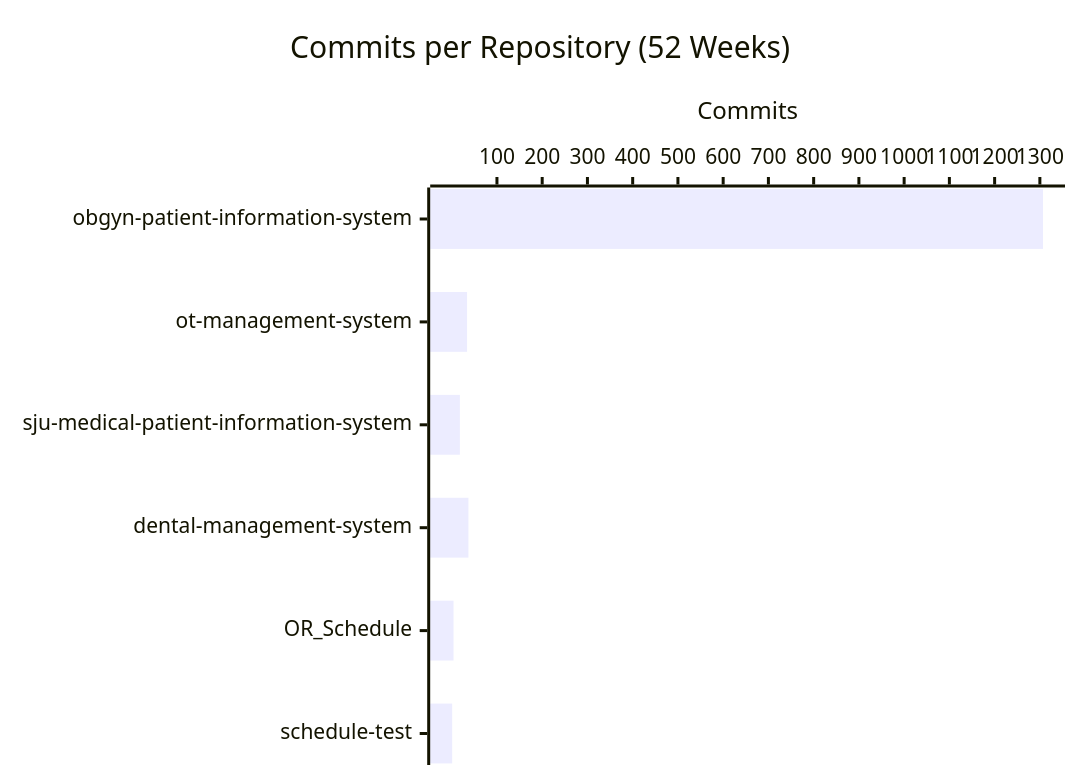
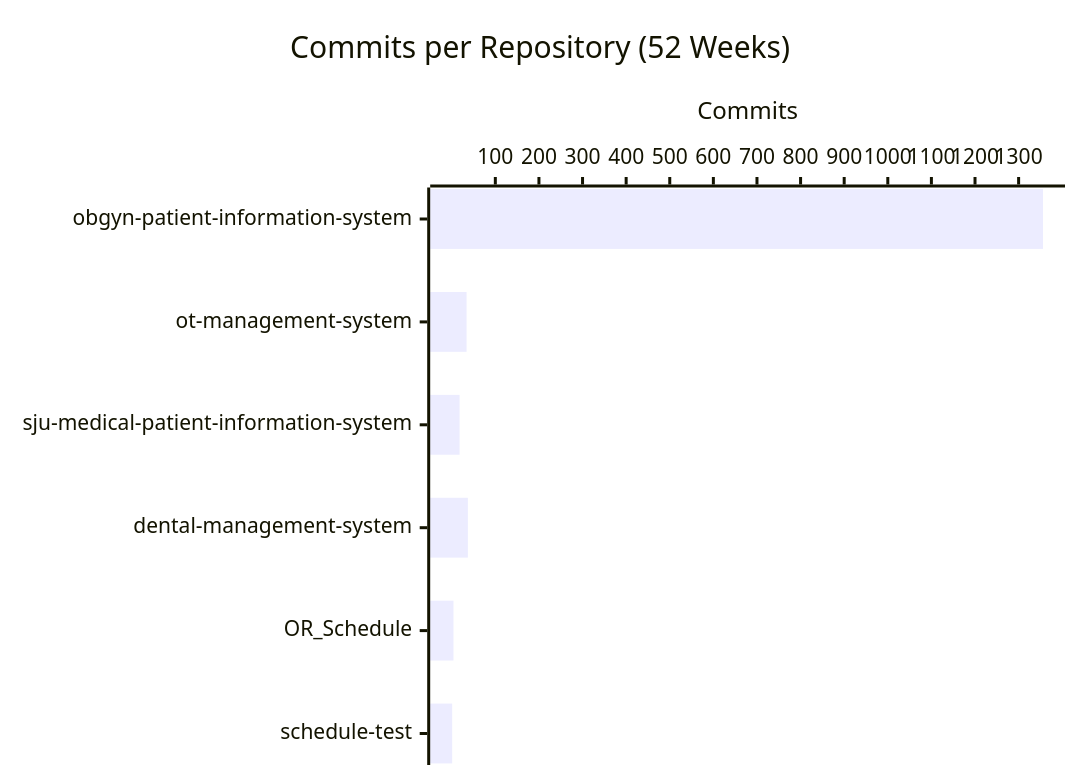
Before and after one commit to CSTH-Projects/.github: the second of 4 diagrams in profile/README.md, drawn with Mermaid. The commit also changed other lines of this file, not shown here.

````diff
--- a/profile/README.md
+++ b/profile/README.md
@@ -24,7 +24,7 @@
 ```mermaid
 xychart-beta horizontal
     title "Commits per Repository (52 Weeks)"
     x-axis ["obgyn-patient-information-system", "ot-management-system", "sju-medical-patient-information-system", "dental-management-system", "OR_Schedule", "schedule-test"]
     y-axis "Commits"
-    bar [1307, 34, 18, 37, 4, 1]
+    bar [1356, 34, 18, 37, 4, 1]
 ```
````
